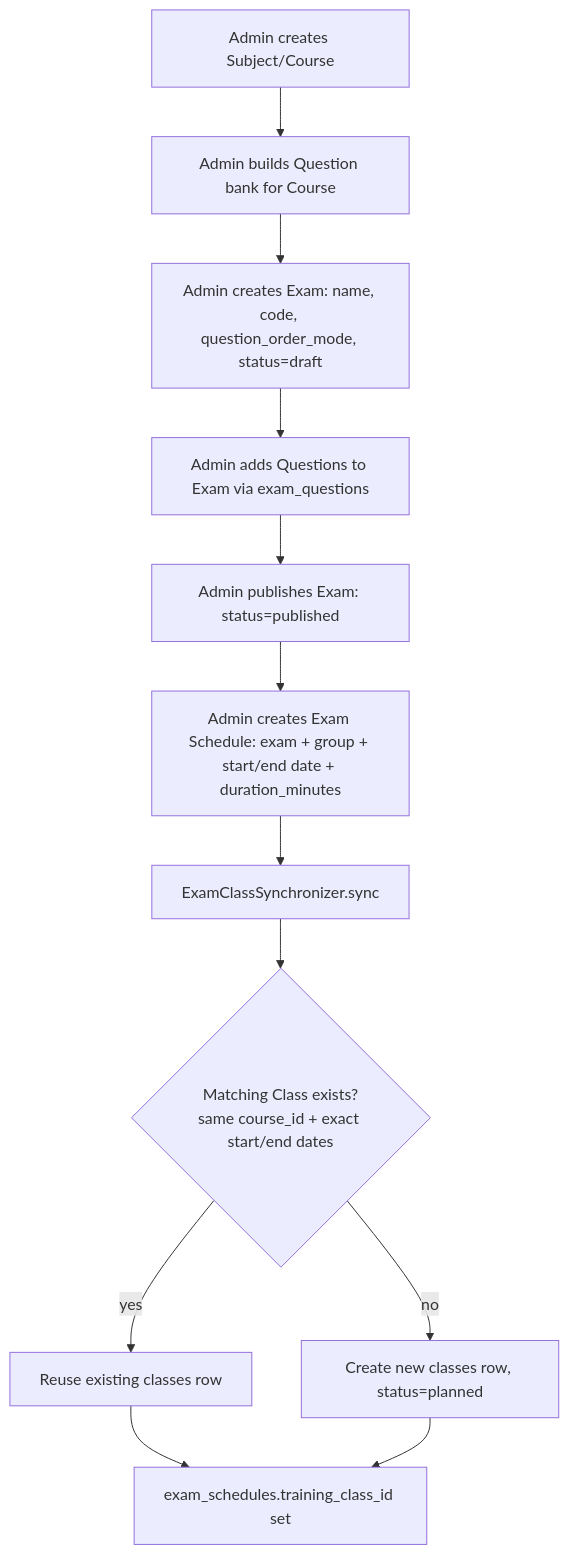
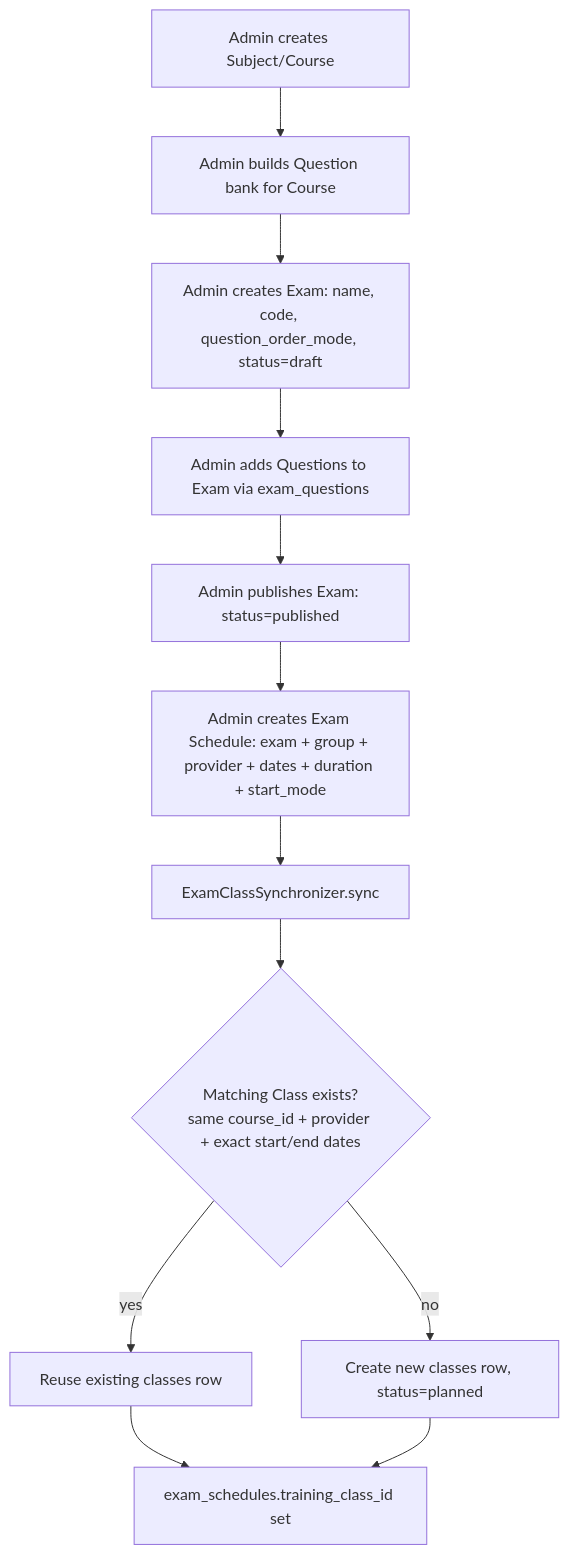
The first of 3 diagrams in BUSINESS_FLOWS.md (agaber-storeus/Wellsharp), drawn with Mermaid before and after one commit. The commit also changed other lines of this file and 19 other files, not shown here.

````diff
--- a/BUSINESS_FLOWS.md
+++ b/BUSINESS_FLOWS.md
@@ -5,14 +5,14 @@
 ```mermaid
 flowchart TD
     A[Admin creates Subject/Course] --> B[Admin builds Question bank for Course]
     B --> C[Admin creates Exam: name, code, question_order_mode, status=draft]
     C --> D[Admin adds Questions to Exam via exam_questions]
     D --> E[Admin publishes Exam: status=published]
-    E --> F[Admin creates Exam Schedule: exam + group + start/end date + duration_minutes]
+    E --> F[Admin creates Exam Schedule: exam + group + provider + dates + duration + start_mode]
     F --> G[ExamClassSynchronizer.sync]
-    G --> H{Matching Class exists?<br/>same course_id + exact start/end dates}
+    G --> H{Matching Class exists?<br/>same course_id + provider + exact start/end dates}
     H -- yes --> I[Reuse existing classes row]
     H -- no --> J[Create new classes row, status=planned]
     I --> K[exam_schedules.training_class_id set]
     J --> K
 ```
````
